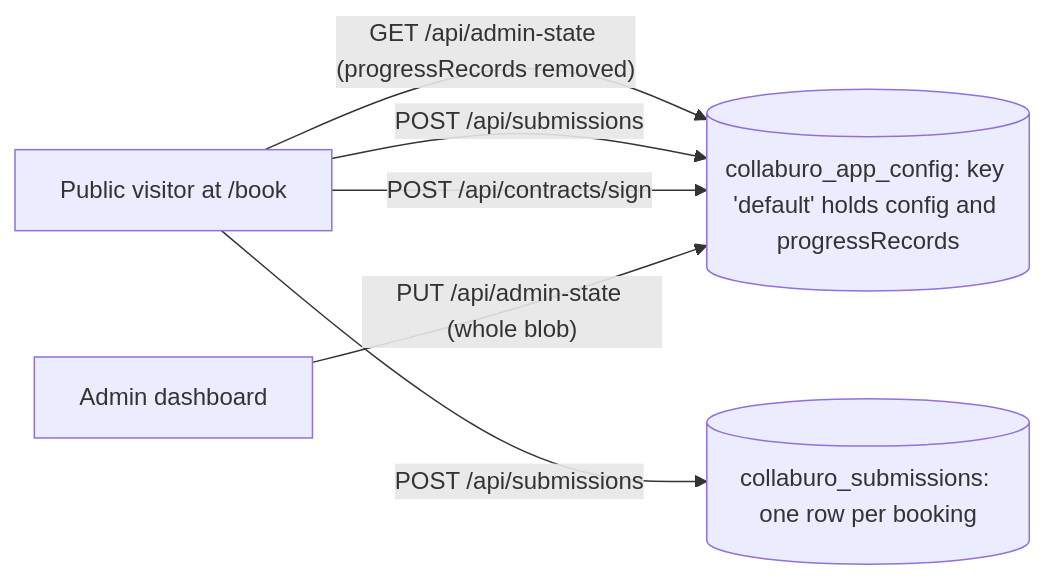
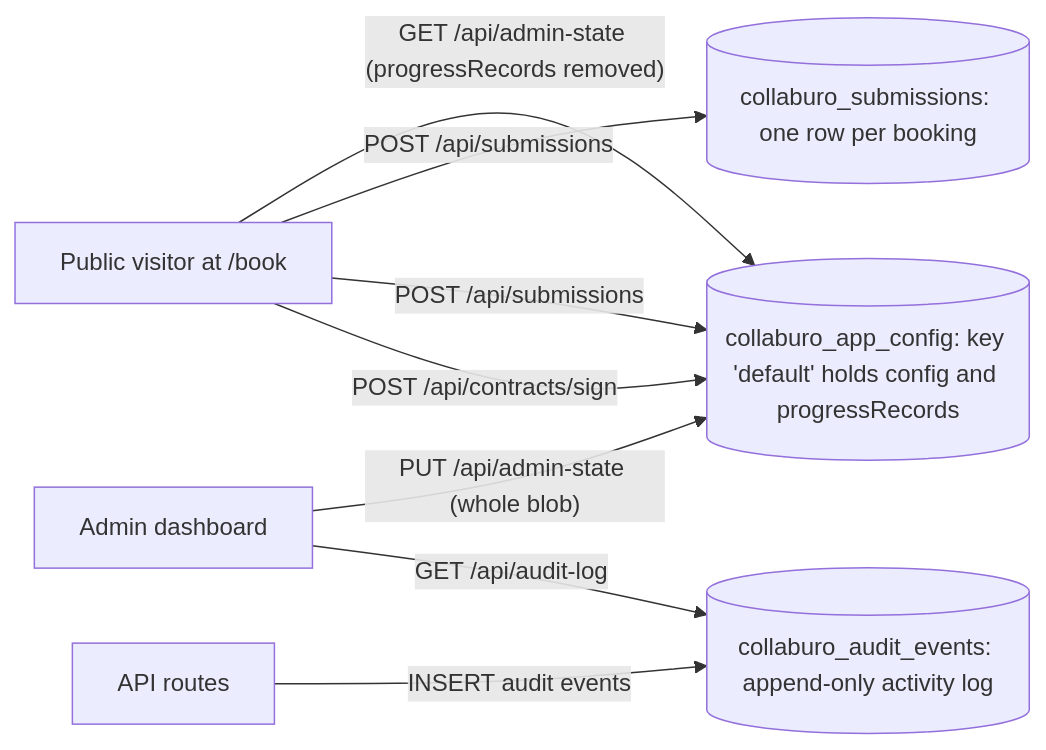
One commit to donaldlaurel/CollaburoDynamicForms changed the diagram in docs/DATABASE-GUIDE.md. Above: the diagram before and after it, drawn with Mermaid. The commit also changed other lines of this file and 18 other files, not shown here.

First line of the commit message:
Add append-only audit activity log for triage and change tracing.

````diff
--- a/docs/DATABASE-GUIDE.md
+++ b/docs/DATABASE-GUIDE.md
@@ -11,10 +11,13 @@
 ```mermaid
 flowchart LR
   Visitor["Public visitor at /book"] -->|"GET /api/admin-state (progressRecords removed)"| Config
   Visitor -->|"POST /api/submissions"| Subs
   Visitor -->|"POST /api/submissions"| Config
   Visitor -->|"POST /api/contracts/sign"| Config
   Admin["Admin dashboard"] -->|"PUT /api/admin-state (whole blob)"| Config
+  APIs["API routes"] -->|"INSERT audit events"| Audit
+  Admin -->|"GET /api/audit-log"| Audit
   Config[("collaburo_app_config: key 'default' holds config and progressRecords")]
   Subs[("collaburo_submissions: one row per booking")]
+  Audit[("collaburo_audit_events: append-only activity log")]
 ```
````
